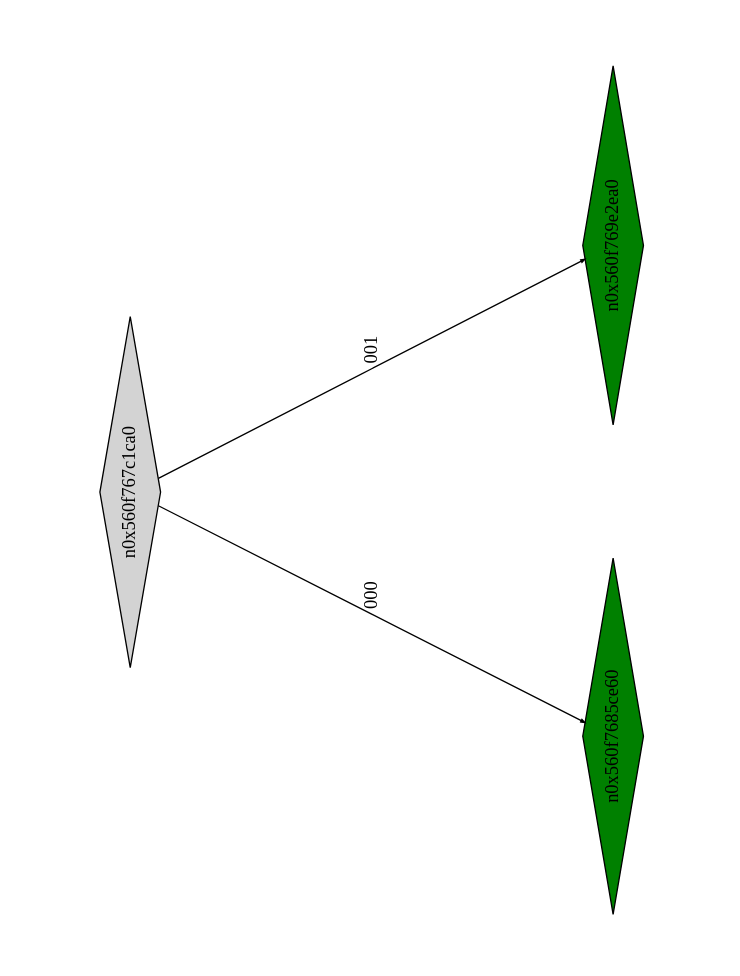
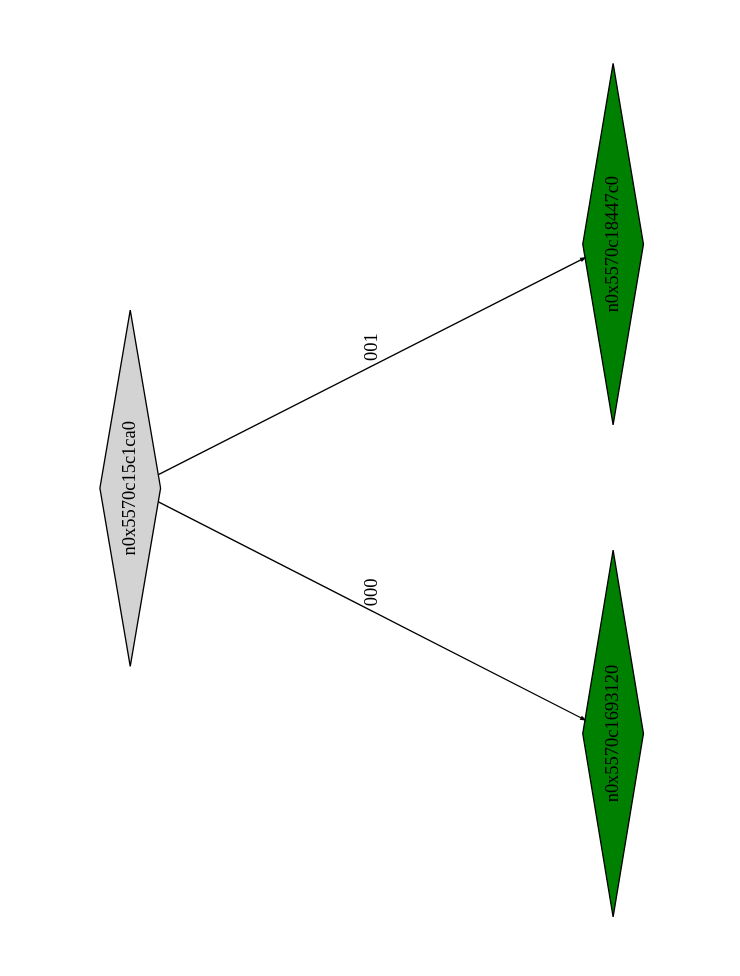
One commit to Research-Tools-PAVT/PSE-Program-Examples changed the diagram in montyhall_klee_out/ptree_00001023.dot. Above: the diagram before and after it, drawn with Graphviz. The commit also changed 38 other files, not shown here.

```diff
--- a/montyhall_klee_out/ptree_00001023.dot
+++ b/montyhall_klee_out/ptree_00001023.dot
@@ -1,13 +1,13 @@
 digraph G {
 	size="10,7.5";
 	ratio=fill;
 	rotate=90;
 	center = "true";
 	node [style="filled",width=.1,height=.1,fontname="Terminus"]
 	edge [arrowsize=.3]
-	n0x560f767c1ca0 [shape=diamond];
-	n0x560f767c1ca0 -> n0x560f7685ce60 [label=000];
-	n0x560f767c1ca0 -> n0x560f769e2ea0 [label=001];
-	n0x560f769e2ea0 [shape=diamond,fillcolor=green];
-	n0x560f7685ce60 [shape=diamond,fillcolor=green];
+	n0x5570c15c1ca0 [shape=diamond];
+	n0x5570c15c1ca0 -> n0x5570c1693120 [label=000];
+	n0x5570c15c1ca0 -> n0x5570c18447c0 [label=001];
+	n0x5570c18447c0 [shape=diamond,fillcolor=green];
+	n0x5570c1693120 [shape=diamond,fillcolor=green];
 }
```
